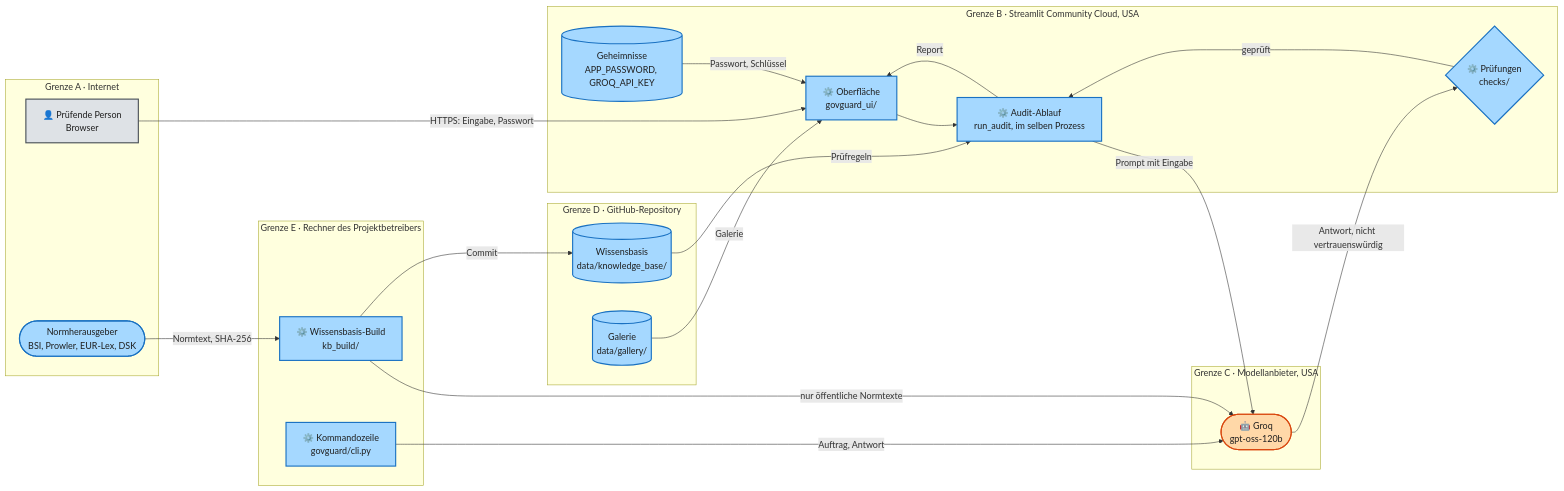
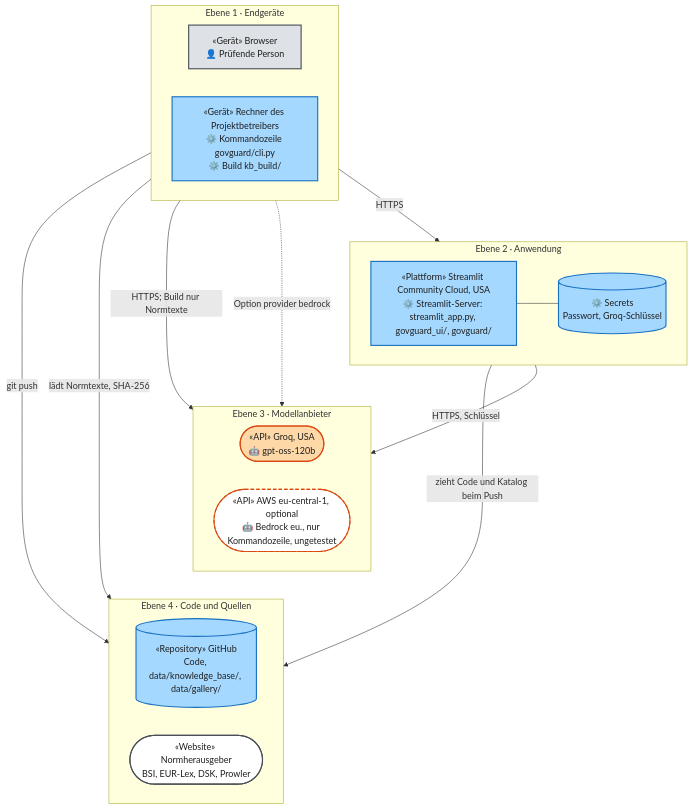
Diagram 12 of 22 in docs/ARCHITECTURE.md (Daniel74/GovGuard), drawn with Mermaid before and after one commit. The commit also changed other lines of this file and 9 other files, not shown here.

Commit message:
#73 ARCHITECTURE.md als 4+1 nach Kruchten - first version

````diff
--- a/docs/ARCHITECTURE.md
+++ b/docs/ARCHITECTURE.md
@@ -398,39 +1194,39 @@
 ```mermaid
-flowchart LR
-  subgraph A["Grenze A · Internet"]
-    U["👤 Prüfende Person<br/>Browser"]:::human
-    N(["Normherausgeber<br/>BSI, Prowler, EUR-Lex, DSK"]):::code
+flowchart TB
+  subgraph E1["Ebene 1 · Endgeräte"]
+    direction LR
+    U["«Gerät» Browser<br/>👤 Prüfende Person"]:::human
+    PC["«Gerät» Rechner des Projektbetreibers<br/>⚙️ Kommandozeile govguard/cli.py<br/>⚙️ Build kb_build/"]:::code
   end
-  subgraph B["Grenze B · Streamlit Community Cloud, USA"]
-    UI["⚙️ Oberfläche<br/>govguard_ui/"]:::code
-    AE["⚙️ Audit-Ablauf<br/>run_audit, im selben Prozess"]:::code
-    P3{"⚙️ Prüfungen<br/>checks/"}:::code
-    SEC[("Geheimnisse<br/>APP_PASSWORD, GROQ_API_KEY")]:::code
+  subgraph E2["Ebene 2 · Anwendung"]
+    direction LR
+    APP["«Plattform» Streamlit Community Cloud, USA<br/>⚙️ Streamlit-Server: streamlit_app.py, govguard_ui/, govguard/"]:::code
+    SEC[("⚙️ Secrets<br/>Passwort, Groq-Schlüssel")]:::code
   end
-  subgraph C["Grenze C · Modellanbieter, USA"]
-    GQ(["🤖 Groq<br/>gpt-oss-120b"]):::llm
+  subgraph E3["Ebene 3 · Modellanbieter"]
+    direction LR
+    LLM(["«API» Groq, USA<br/>🤖 gpt-oss-120b"]):::llm
+    BED(["«API» AWS eu-central-1, optional<br/>🤖 Bedrock eu., nur Kommandozeile, ungetestet"]):::off
   end
-  subgraph D["Grenze D · GitHub-Repository"]
-    KB[("Wissensbasis<br/>data/knowledge_base/")]:::code
-    GAL[("Galerie<br/>data/gallery/")]:::code
+  subgraph E4["Ebene 4 · Code und Quellen"]
+    direction LR
+    REPO[("«Repository» GitHub<br/>Code, data/knowledge_base/, data/gallery/")]:::code
+    SRC(["«Website» Normherausgeber<br/>BSI, EUR-Lex, DSK, Prowler"]):::ext
   end
-  subgraph E["Grenze E · Rechner des Projektbetreibers"]
-    BU["⚙️ Wissensbasis-Build<br/>kb_build/"]:::code
-    CLI["⚙️ Kommandozeile<br/>govguard/cli.py"]:::code
-  end
-  U -->|"HTTPS: Eingabe, Passwort"| UI --> AE
-  KB -->|"Prüfregeln"| AE
-  AE -->|"Prompt mit Eingabe"| GQ
-  GQ -->|"Antwort, nicht vertrauenswürdig"| P3
-  P3 -->|"geprüft"| AE
-  AE -->|"Report"| UI
-  SEC -->|"Passwort, Schlüssel"| UI
-  GAL -->|"Galerie"| UI
-  N -->|"Normtext, SHA-256"| BU
-  BU -->|"nur öffentliche Normtexte"| GQ
-  BU -->|"Commit"| KB
-  CLI -->|"Auftrag, Antwort"| GQ
+  U -->|"HTTPS"| APP
+  APP --- SEC
+  APP -->|"HTTPS, Schlüssel"| LLM
+  PC -->|"HTTPS; Build nur Normtexte"| LLM
+  PC -.->|"Option provider bedrock"| BED
+  APP -->|"zieht Code und Katalog beim Push"| REPO
+  PC -->|"git push"| REPO
+  PC -->|"lädt Normtexte, SHA-256"| SRC
+  LLM ~~~ REPO
+  BED ~~~ SRC
+  E1 ~~~ E2
   classDef llm fill:#ffd8a8,stroke:#d9480f,color:#1f1f1f,stroke-width:2px
   classDef code fill:#a5d8ff,stroke:#1971c2,color:#1f1f1f,stroke-width:2px
   classDef human fill:#dee2e6,stroke:#495057,color:#1f1f1f,stroke-width:2px
+  classDef ext fill:#ffffff,stroke:#495057,color:#1f1f1f,stroke-width:2px
+  classDef off fill:#ffffff,stroke:#d9480f,color:#1f1f1f,stroke-width:2px,stroke-dasharray:6 4
 ```
````
